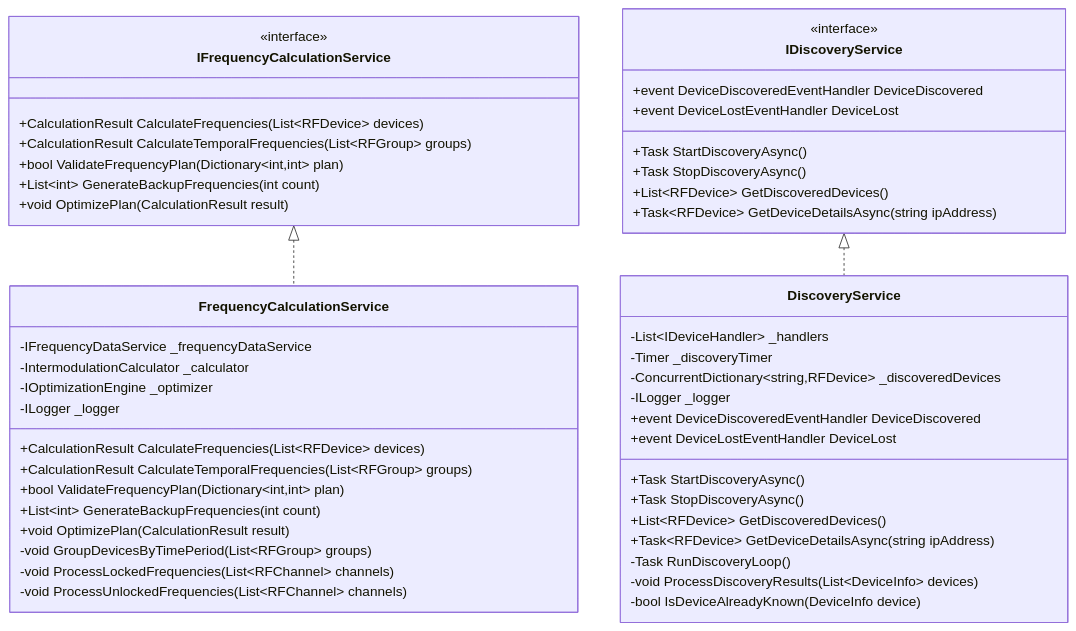
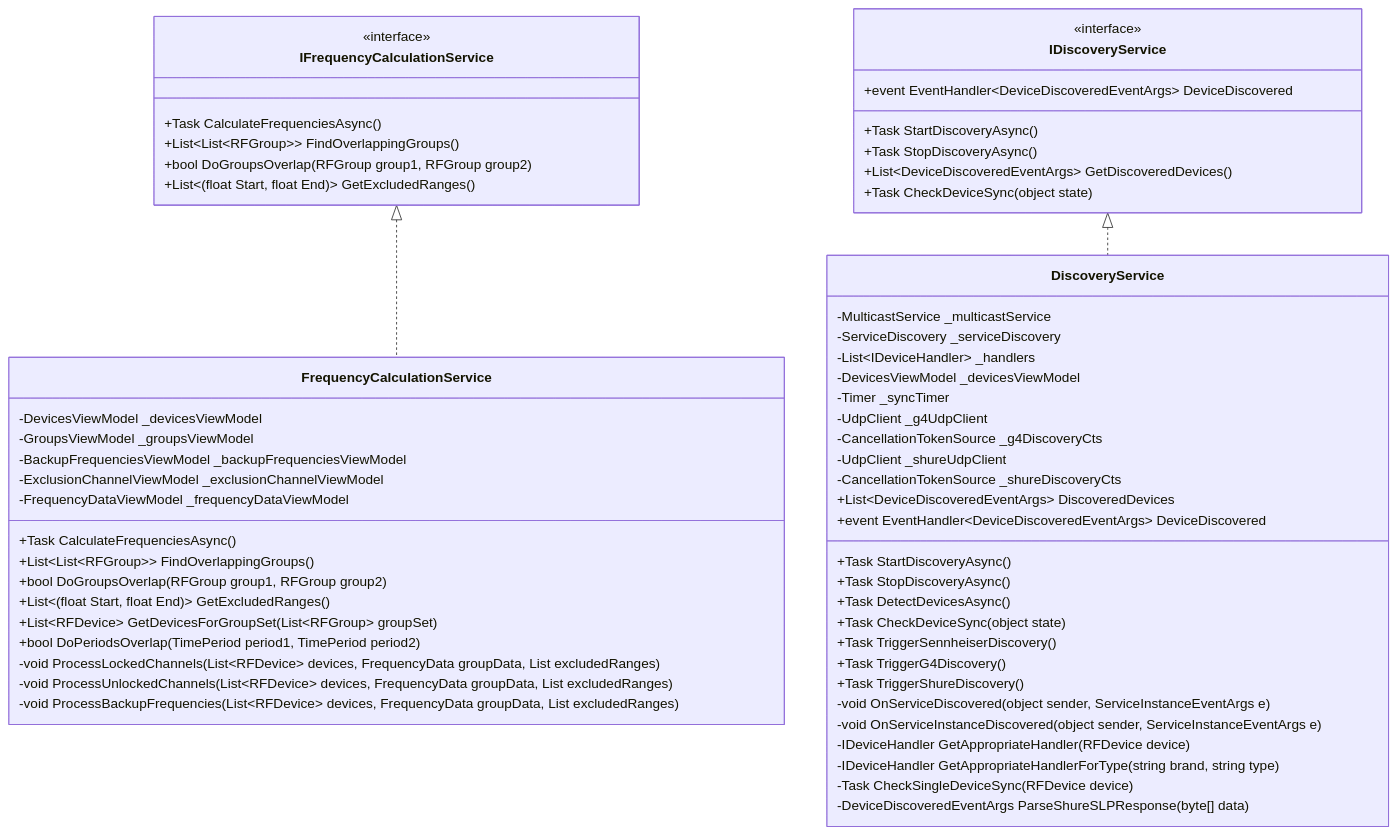
The fifth of 13 diagrams in docusaurus/docs/uml-analysis/class-diagrams.md (Beatwen/RF_Go), drawn with Mermaid before and after one commit. The commit also changed other lines of this file and 123 other files, not shown here.

````diff
--- a/docusaurus/docs/uml-analysis/class-diagrams.md
+++ b/docusaurus/docs/uml-analysis/class-diagrams.md
@@ -200,57 +605,68 @@
 ```mermaid
 classDiagram
     class IFrequencyCalculationService {
         <<interface>>
-        +CalculationResult CalculateFrequencies(List~RFDevice~ devices)
-        +CalculationResult CalculateTemporalFrequencies(List~RFGroup~ groups)
-        +bool ValidateFrequencyPlan(Dictionary~int,int~ plan)
-        +List~int~ GenerateBackupFrequencies(int count)
-        +void OptimizePlan(CalculationResult result)
+        +Task CalculateFrequenciesAsync()
+        +List~List~RFGroup~~ FindOverlappingGroups()
+        +bool DoGroupsOverlap(RFGroup group1, RFGroup group2)
+        +List~(float Start, float End)~ GetExcludedRanges()
     }
     
     class FrequencyCalculationService {
-        -IFrequencyDataService _frequencyDataService
-        -IntermodulationCalculator _calculator
-        -IOptimizationEngine _optimizer
-        -ILogger _logger
+        -DevicesViewModel _devicesViewModel
+        -GroupsViewModel _groupsViewModel
+        -BackupFrequenciesViewModel _backupFrequenciesViewModel
+        -ExclusionChannelViewModel _exclusionChannelViewModel
+        -FrequencyDataViewModel _frequencyDataViewModel
         
-        +CalculationResult CalculateFrequencies(List~RFDevice~ devices)
-        +CalculationResult CalculateTemporalFrequencies(List~RFGroup~ groups)
-        +bool ValidateFrequencyPlan(Dictionary~int,int~ plan)
-        +List~int~ GenerateBackupFrequencies(int count)
-        +void OptimizePlan(CalculationResult result)
-        -void GroupDevicesByTimePeriod(List~RFGroup~ groups)
-        -void ProcessLockedFrequencies(List~RFChannel~ channels)
-        -void ProcessUnlockedFrequencies(List~RFChannel~ channels)
+        +Task CalculateFrequenciesAsync()
+        +List~List~RFGroup~~ FindOverlappingGroups()
+        +bool DoGroupsOverlap(RFGroup group1, RFGroup group2)
+        +List~(float Start, float End)~ GetExcludedRanges()
+        +List~RFDevice~ GetDevicesForGroupSet(List~RFGroup~ groupSet)
+        +bool DoPeriodsOverlap(TimePeriod period1, TimePeriod period2)
+        -void ProcessLockedChannels(List~RFDevice~ devices, FrequencyData groupData, List excludedRanges)
+        -void ProcessUnlockedChannels(List~RFDevice~ devices, FrequencyData groupData, List excludedRanges)
+        -void ProcessBackupFrequencies(List~RFDevice~ devices, FrequencyData groupData, List excludedRanges)
     }
     
     class IDiscoveryService {
         <<interface>>
-        +event DeviceDiscoveredEventHandler DeviceDiscovered
-        +event DeviceLostEventHandler DeviceLost
+        +event EventHandler~DeviceDiscoveredEventArgs~ DeviceDiscovered
         +Task StartDiscoveryAsync()
         +Task StopDiscoveryAsync()
-        +List~RFDevice~ GetDiscoveredDevices()
-        +Task~RFDevice~ GetDeviceDetailsAsync(string ipAddress)
+        +List~DeviceDiscoveredEventArgs~ GetDiscoveredDevices()
+        +Task CheckDeviceSync(object state)
     }
     
     class DiscoveryService {
+        -MulticastService _multicastService
+        -ServiceDiscovery _serviceDiscovery
         -List~IDeviceHandler~ _handlers
-        -Timer _discoveryTimer
-        -ConcurrentDictionary~string,RFDevice~ _discoveredDevices
-        -ILogger _logger
+        -DevicesViewModel _devicesViewModel
+        -Timer _syncTimer
+        -UdpClient _g4UdpClient
+        -CancellationTokenSource _g4DiscoveryCts
+        -UdpClient _shureUdpClient
+        -CancellationTokenSource _shureDiscoveryCts
         
-        +event DeviceDiscoveredEventHandler DeviceDiscovered
-        +event DeviceLostEventHandler DeviceLost
+        +List~DeviceDiscoveredEventArgs~ DiscoveredDevices
+        +event EventHandler~DeviceDiscoveredEventArgs~ DeviceDiscovered
         +Task StartDiscoveryAsync()
         +Task StopDiscoveryAsync()
-        +List~RFDevice~ GetDiscoveredDevices()
-        +Task~RFDevice~ GetDeviceDetailsAsync(string ipAddress)
-        -Task RunDiscoveryLoop()
-        -void ProcessDiscoveryResults(List~DeviceInfo~ devices)
-        -bool IsDeviceAlreadyKnown(DeviceInfo device)
+        +Task DetectDevicesAsync()
+        +Task CheckDeviceSync(object state)
+        +Task TriggerSennheiserDiscovery()
+        +Task TriggerG4Discovery()
+        +Task TriggerShureDiscovery()
+        -void OnServiceDiscovered(object sender, ServiceInstanceEventArgs e)
+        -void OnServiceInstanceDiscovered(object sender, ServiceInstanceEventArgs e)
+        -IDeviceHandler GetAppropriateHandler(RFDevice device)
+        -IDeviceHandler GetAppropriateHandlerForType(string brand, string type)
+        -Task CheckSingleDeviceSync(RFDevice device)
+        -DeviceDiscoveredEventArgs ParseShureSLPResponse(byte[] data)
     }
     
     IFrequencyCalculationService <|.. FrequencyCalculationService
     IDiscoveryService <|.. DiscoveryService
 ```
````
